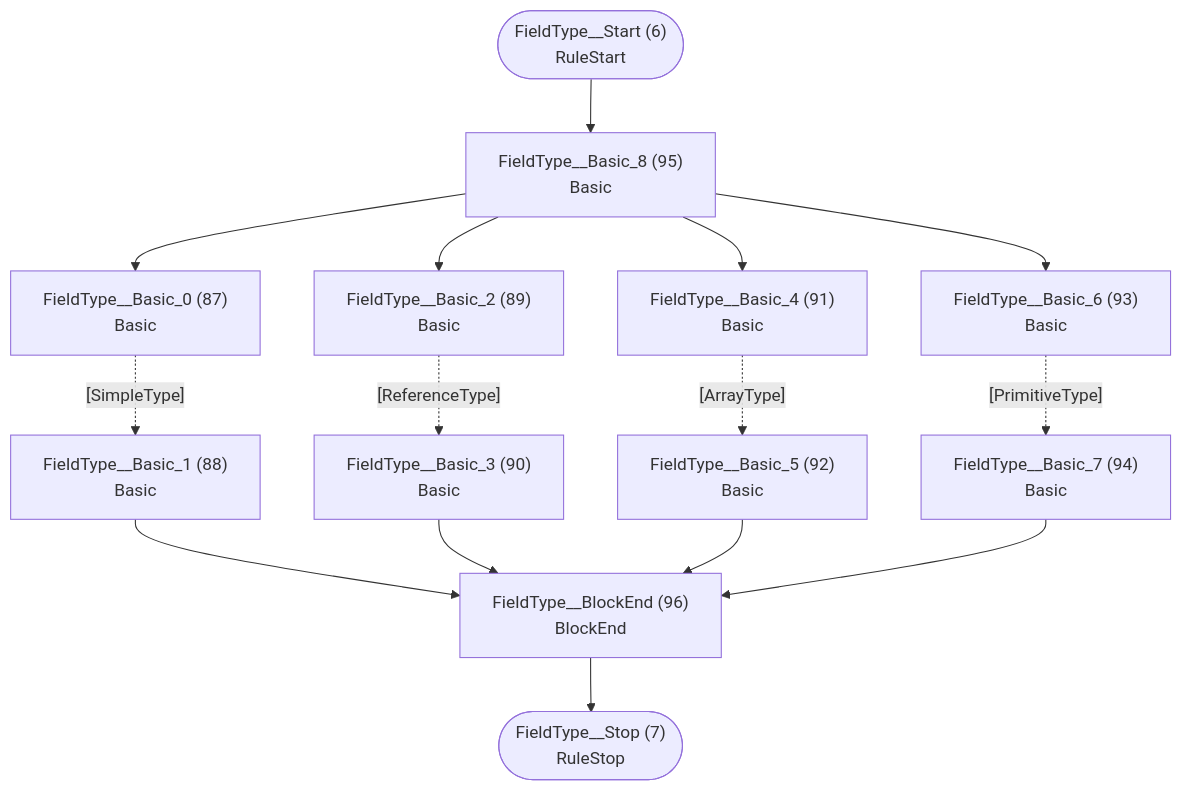
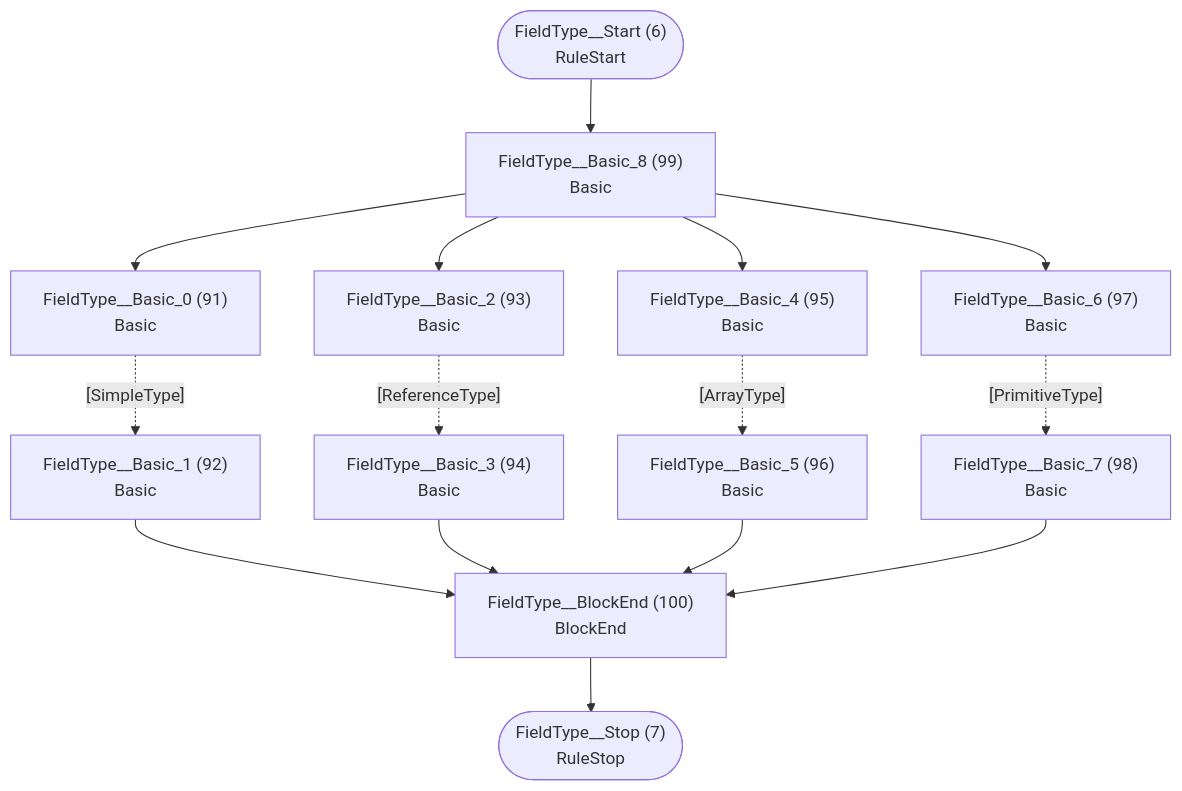
One commit to TypeFox/fastbelt changed the fourth of 26 diagrams in internal/grammar/atn.md. Above: the diagram before and after it, drawn with Mermaid. The commit also changed other lines of this file and 51 other files, not shown here.

````diff
--- a/internal/grammar/atn.md
+++ b/internal/grammar/atn.md
@@ -116,30 +121,30 @@
 ```mermaid
 flowchart TD
     q6(["FieldType__Start (6)<br/>RuleStart"])
     q7(["FieldType__Stop (7)<br/>RuleStop"])
-    q87["FieldType__Basic_0 (87)<br/>Basic<br/>"]
-    q88["FieldType__Basic_1 (88)<br/>Basic<br/>"]
-    q89["FieldType__Basic_2 (89)<br/>Basic<br/>"]
-    q90["FieldType__Basic_3 (90)<br/>Basic<br/>"]
-    q91["FieldType__Basic_4 (91)<br/>Basic<br/>"]
-    q92["FieldType__Basic_5 (92)<br/>Basic<br/>"]
-    q93["FieldType__Basic_6 (93)<br/>Basic<br/>"]
-    q94["FieldType__Basic_7 (94)<br/>Basic<br/>"]
-    q95["FieldType__Basic_8 (95)<br/>Basic<br/>"]
-    q96["FieldType__BlockEnd (96)<br/>BlockEnd<br/>"]
+    q91["FieldType__Basic_0 (91)<br/>Basic<br/>"]
+    q92["FieldType__Basic_1 (92)<br/>Basic<br/>"]
+    q93["FieldType__Basic_2 (93)<br/>Basic<br/>"]
+    q94["FieldType__Basic_3 (94)<br/>Basic<br/>"]
+    q95["FieldType__Basic_4 (95)<br/>Basic<br/>"]
+    q96["FieldType__Basic_5 (96)<br/>Basic<br/>"]
+    q97["FieldType__Basic_6 (97)<br/>Basic<br/>"]
+    q98["FieldType__Basic_7 (98)<br/>Basic<br/>"]
+    q99["FieldType__Basic_8 (99)<br/>Basic<br/>"]
+    q100["FieldType__BlockEnd (100)<br/>BlockEnd<br/>"]
 
-    q6 --> q95
-    q87 -.->|"[SimpleType]"| q88
-    q88 --> q96
-    q89 -.->|"[ReferenceType]"| q90
-    q90 --> q96
-    q91 -.->|"[ArrayType]"| q92
-    q92 --> q96
-    q93 -.->|"[PrimitiveType]"| q94
-    q94 --> q96
-    q95 --> q87
-    q95 --> q89
-    q95 --> q91
-    q95 --> q93
-    q96 --> q7
+    q6 --> q99
+    q91 -.->|"[SimpleType]"| q92
+    q92 --> q100
+    q93 -.->|"[ReferenceType]"| q94
+    q94 --> q100
+    q95 -.->|"[ArrayType]"| q96
+    q96 --> q100
+    q97 -.->|"[PrimitiveType]"| q98
+    q98 --> q100
+    q99 --> q91
+    q99 --> q93
+    q99 --> q95
+    q99 --> q97
+    q100 --> q7
 ```
````
